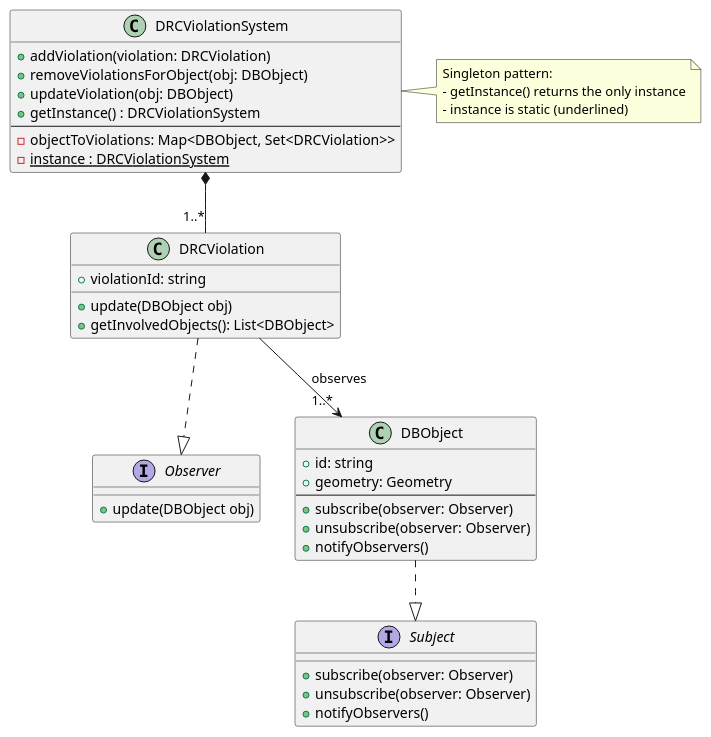
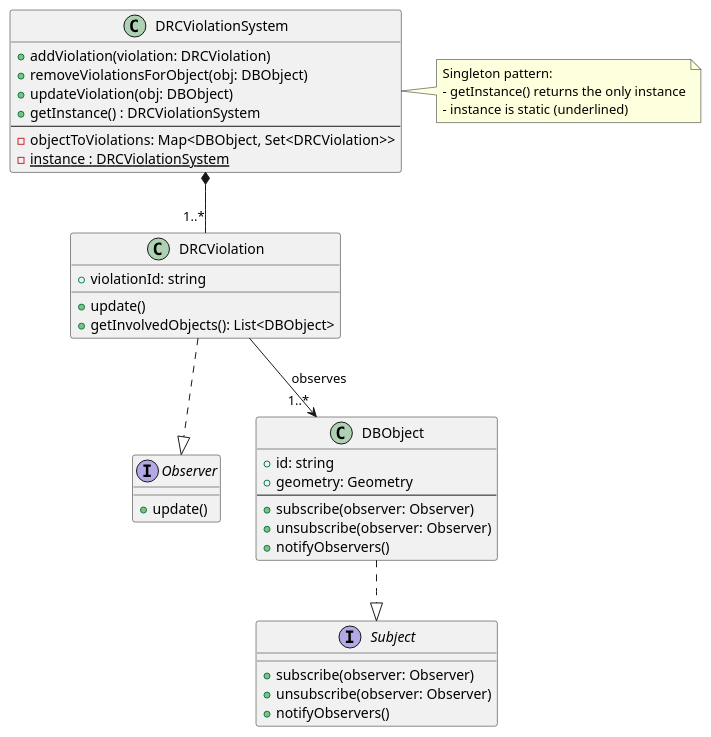
One commit to detective-sokka/DRCViolationSystem changed the diagram in design/design.plantuml. Above: the diagram before and after it, drawn with PlantUML. The commit also changed 6 other files, not shown here.

```diff
--- a/design/design.plantuml
+++ b/design/design.plantuml
@@ -1,50 +1,50 @@
 @startuml
 ' Interfaces
 interface Observer {
-    +update(DBObject obj)
+    +update()
 }
 
 interface Subject {
     +subscribe(observer: Observer)
     +unsubscribe(observer: Observer)
     +notifyObservers()
 }
 
 ' Core domain classes
 class DBObject {
     +id: string
     +geometry: Geometry
     --
     +subscribe(observer: Observer)
     +unsubscribe(observer: Observer)
     +notifyObservers()
 }
 
 class DRCViolation {
     +violationId: string
-    +update(DBObject obj)
+    +update()
     +getInvolvedObjects(): List<DBObject>
 }
 
 class DRCViolationSystem {
     +addViolation(violation: DRCViolation)
     +removeViolationsForObject(obj: DBObject)
     +updateViolation(obj: DBObject)
     +getInstance() : DRCViolationSystem
     --
     -objectToViolations: Map<DBObject, Set<DRCViolation>>
     -<u>instance : DRCViolationSystem</u>
 }
 
 DBObject ..|> Subject
 DRCViolation ..|> Observer
 DRCViolation --> "1..*" DBObject : observes
 
 ' Composition and Singleton
 DRCViolationSystem *-- "1..*" DRCViolation
 note right of DRCViolationSystem
   Singleton pattern:
   - getInstance() returns the only instance
   - instance is static (underlined)
 end note
 @enduml
```
